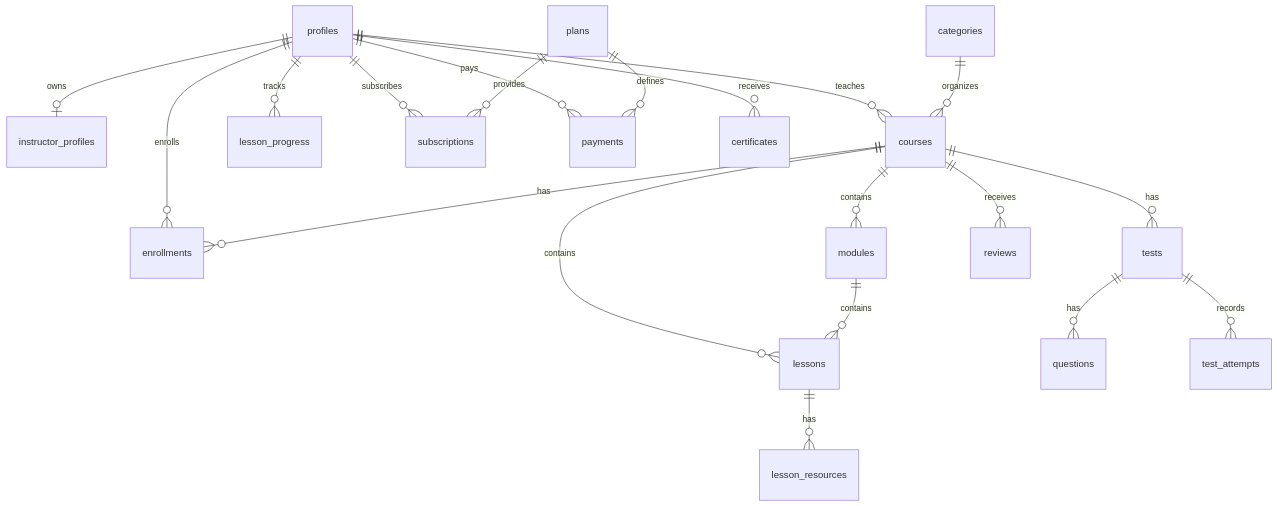
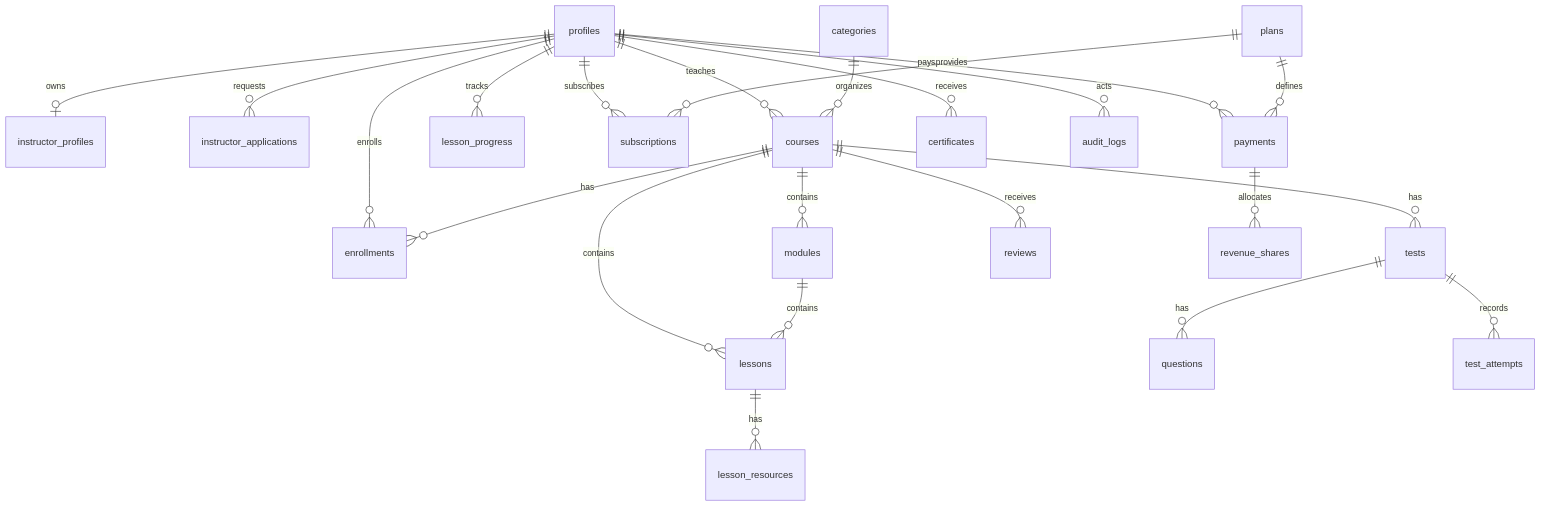
One commit to Mohammed-salih786/learnhub-project changed the diagram in docs/db-schema.md. Above: the diagram before and after it, drawn with Mermaid. The commit also changed other lines of this file and 47 other files, not shown here.

````diff
--- a/docs/db-schema.md
+++ b/docs/db-schema.md
@@ -5,24 +5,27 @@
 ```mermaid
 erDiagram
   profiles ||--o| instructor_profiles : owns
+  profiles ||--o{ instructor_applications : requests
   profiles ||--o{ courses : teaches
   profiles ||--o{ enrollments : enrolls
   profiles ||--o{ lesson_progress : tracks
   profiles ||--o{ subscriptions : subscribes
   profiles ||--o{ payments : pays
   profiles ||--o{ certificates : receives
+  profiles ||--o{ audit_logs : acts
 
   categories ||--o{ courses : organizes
   courses ||--o{ modules : contains
   courses ||--o{ lessons : contains
   courses ||--o{ tests : has
   courses ||--o{ enrollments : has
   courses ||--o{ reviews : receives
 
   modules ||--o{ lessons : contains
   lessons ||--o{ lesson_resources : has
   tests ||--o{ questions : has
   tests ||--o{ test_attempts : records
   plans ||--o{ subscriptions : provides
   plans ||--o{ payments : defines
+  payments ||--o{ revenue_shares : allocates
 ```
````
